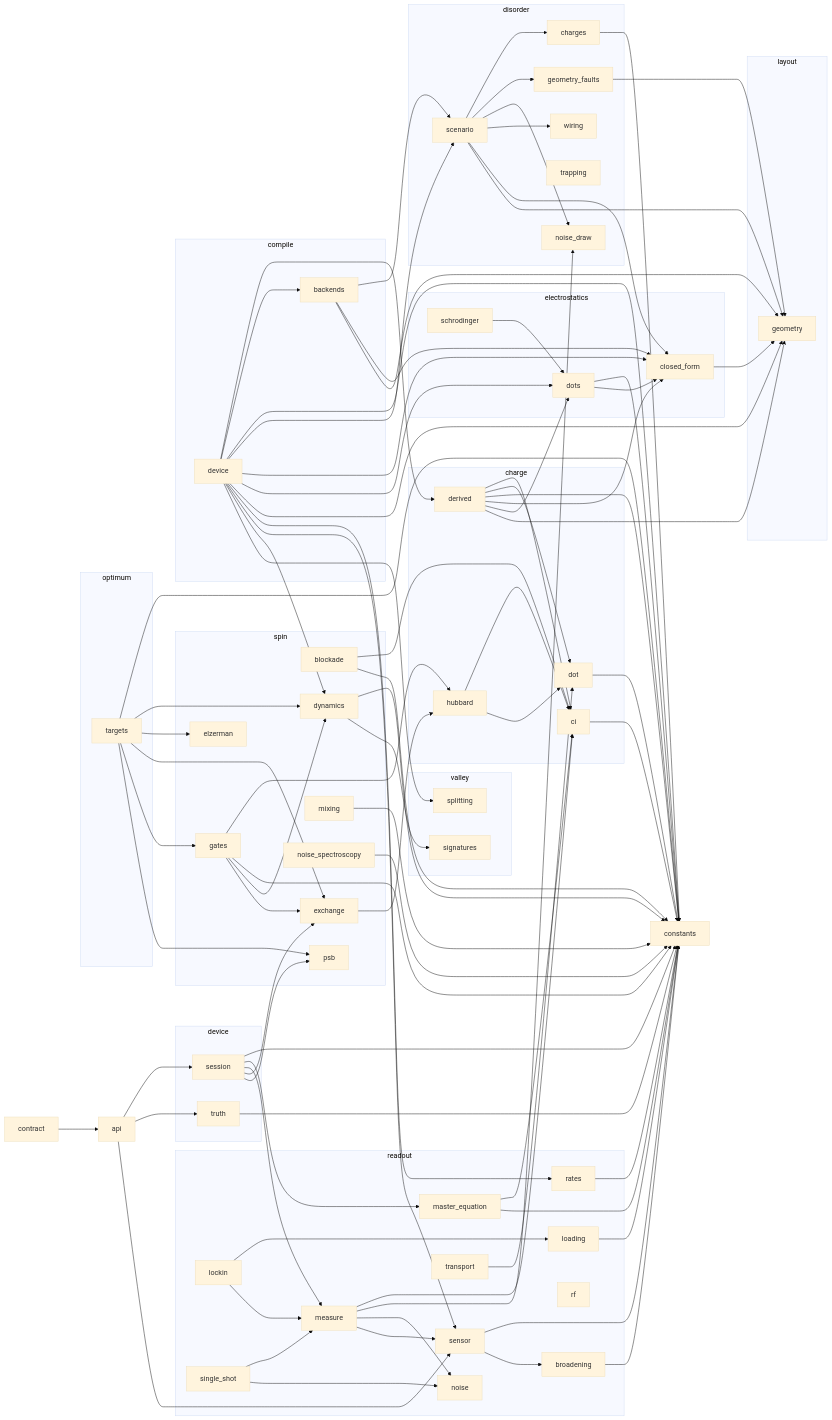
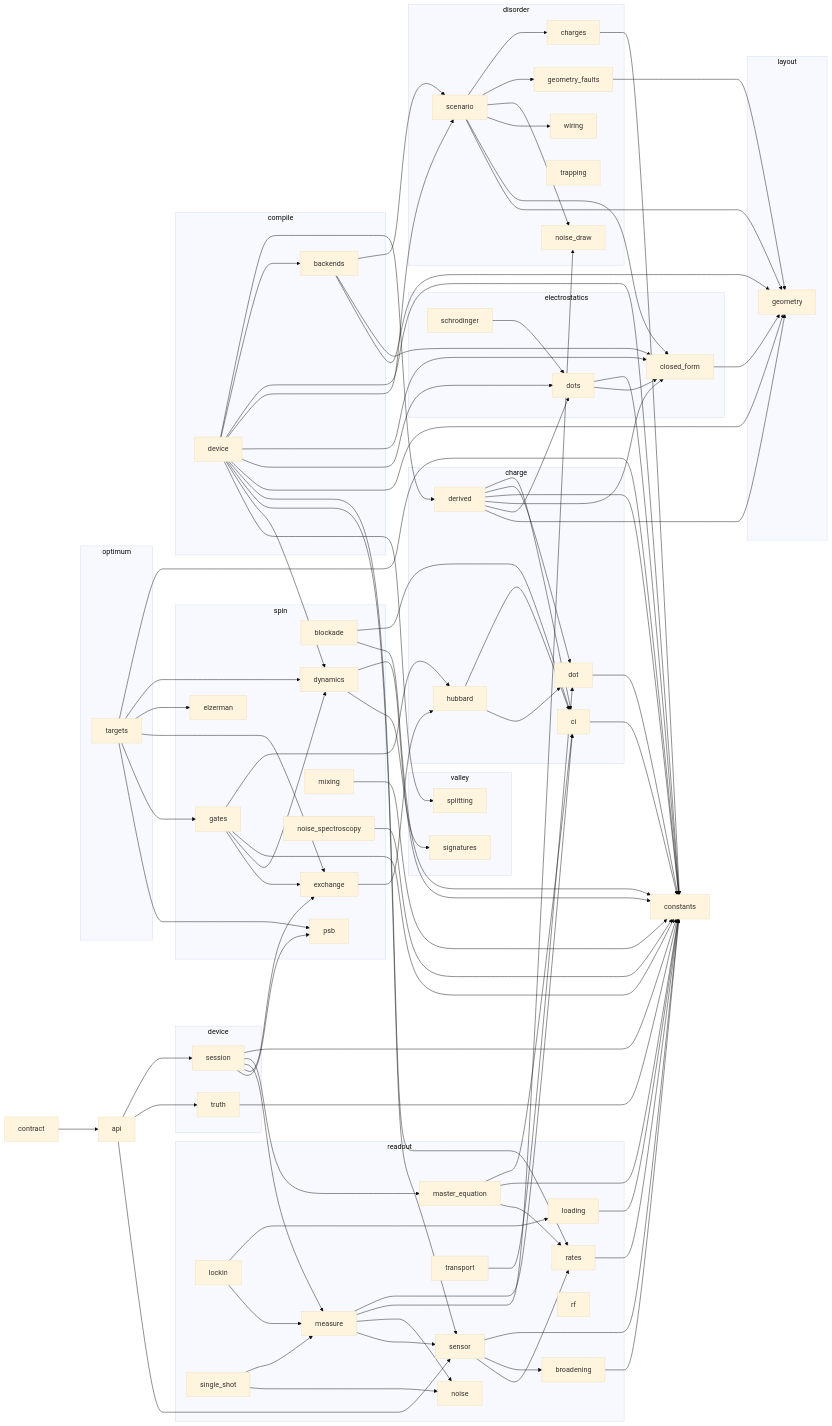
The second of 2 diagrams in docs/MODELS.md (CowboyQuantum/phantom), drawn with Mermaid (base theme) before and after one commit. The commit also changed other lines of this file and 5 other files, not shown here.

```diff
--- a/docs/MODELS.md
+++ b/docs/MODELS.md
@@ -360,6 +360,7 @@
   readout_lockin --> readout_measure
   readout_master_equation --> charge_ci
   readout_master_equation --> constants
+  readout_master_equation --> readout_rates
   readout_measure --> charge_ci
   readout_measure --> disorder_noise_draw
   readout_measure --> readout_noise
@@ -367,6 +368,7 @@
   readout_rates --> constants
   readout_sensor --> constants
   readout_sensor --> readout_broadening
+  readout_sensor --> readout_rates
   readout_single_shot --> readout_measure
   readout_single_shot --> readout_noise
   readout_transport --> charge_dot
```
